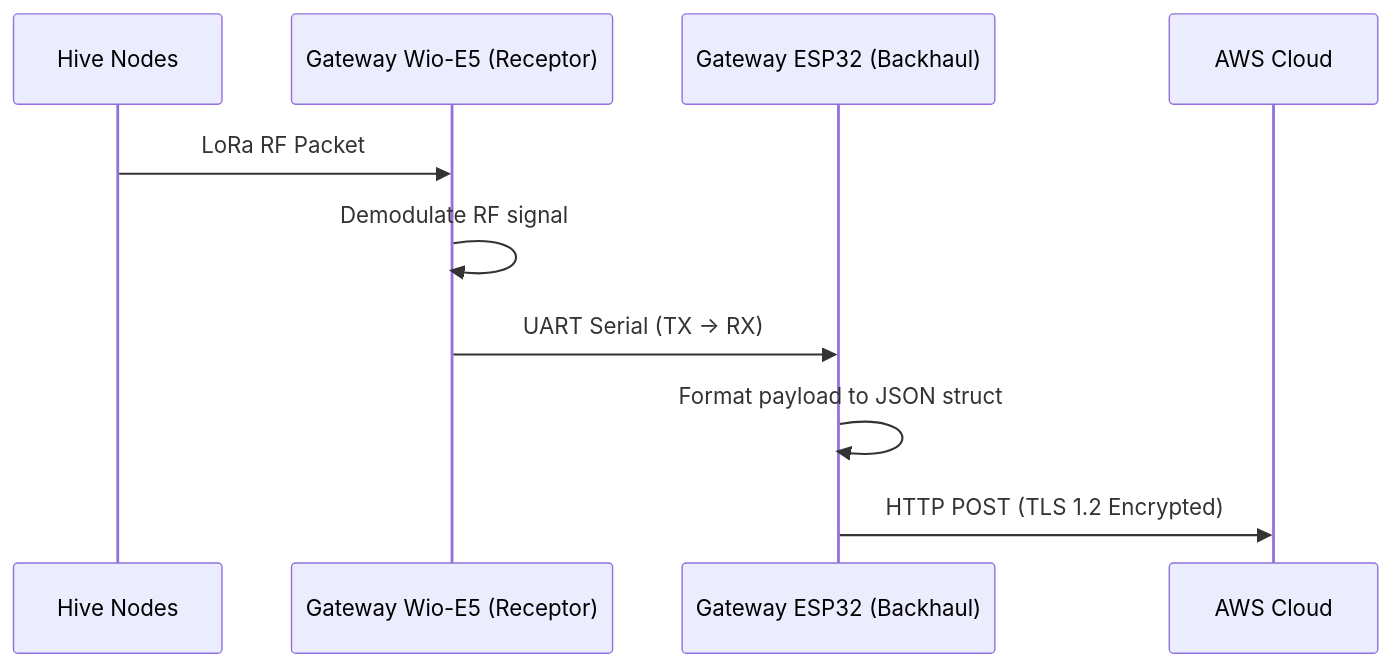
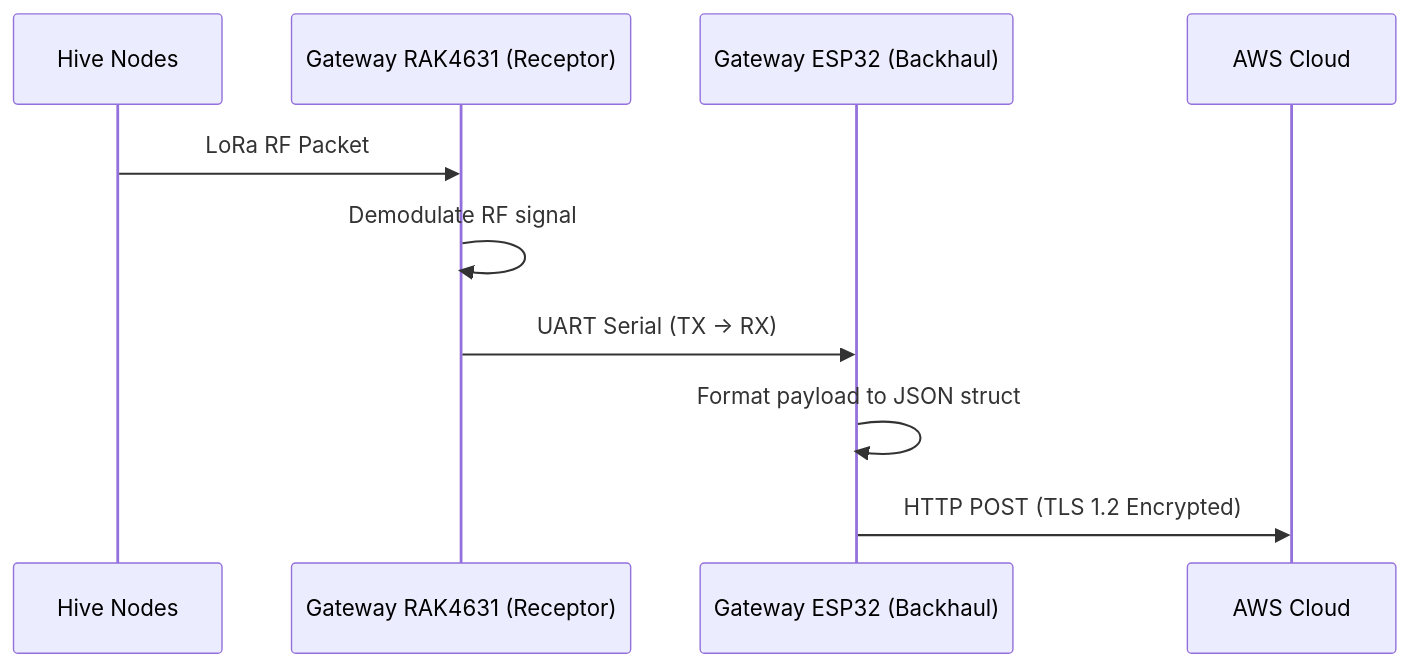
One commit to atharveeee-netizen/beevil-knievel changed the second of 3 diagrams in docs/IEEE_HART_Architecture.md. Above: the diagram before and after it, drawn with Mermaid. The commit also changed other lines of this file and 156 other files, not shown here.

Commit message:
Final submission: Remove all traces of AI tools, AI-generated template files, clone scripts, hardcoded RRU invoice data, custom PCB schemas, and complete migration from Antmicro CM4/STM32 to Raspberry Pi 3B+ and RAK4631.

````diff
--- a/docs/IEEE_HART_Architecture.md
+++ b/docs/IEEE_HART_Architecture.md
@@ -64,13 +64,13 @@
 ```mermaid
 sequenceDiagram
     participant HN as Hive Nodes
-    participant STM as Gateway Wio-E5 (Receptor)
+    participant STM as Gateway RAK4631 (Receptor)
     participant ESP as Gateway ESP32 (Backhaul)
     participant AWS as AWS Cloud
     
     HN->>STM: LoRa RF Packet
     STM->>STM: Demodulate RF signal
     STM->>ESP: UART Serial (TX -> RX)
     ESP->>ESP: Format payload to JSON struct
     ESP->>AWS: HTTP POST (TLS 1.2 Encrypted)
 ```
````
